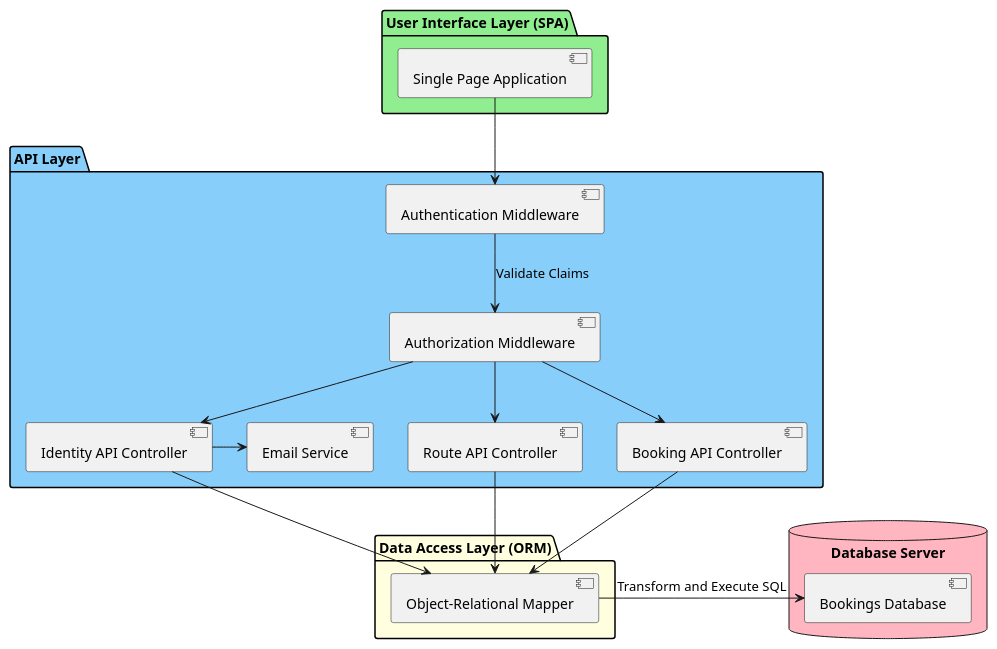
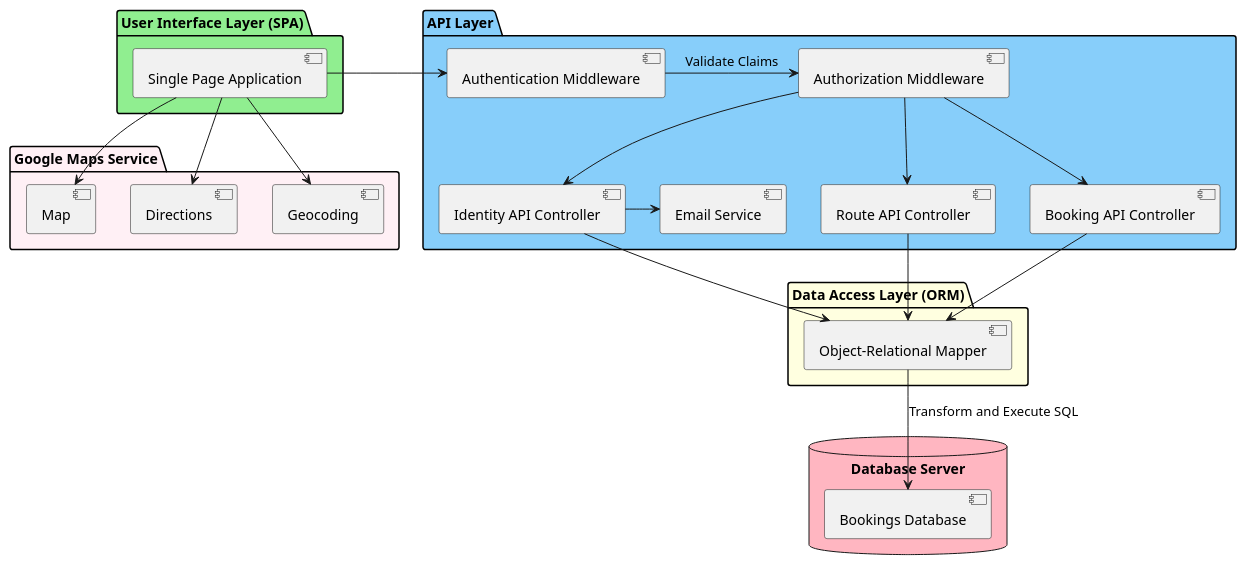
One commit to bsaranga/coach-tour-booking changed the diagram in coach-tour-booking-web/uml_diagrams/arch.puml. Above: the diagram before and after it, drawn with PlantUML. The commit also changed 4 other files, not shown here.

Commit message:
diagram updates

```diff
--- a/coach-tour-booking-web/uml_diagrams/arch.puml
+++ b/coach-tour-booking-web/uml_diagrams/arch.puml
@@ -1,34 +1,43 @@
 @startuml
 package "User Interface Layer (SPA)" #LightGreen {
   [Single Page Application] as SPA
+}
+
+package "Google Maps Service" #LavenderBlush {
+    [Map]
+    [Directions]
+    [Geocoding]
 }
 
 package "API Layer" #LightSkyBlue {
   [Identity API Controller] as IdentityAPI
   [Authentication Middleware] as AuthMiddleware
   [Authorization Middleware] as AuthorizationAPI
   [Route API Controller] as RouteAPI
   [Booking API Controller] as BookingAPI
   [Email Service] as EmailService
 }
 
 package "Data Access Layer (ORM)" #LightYellow {
   [Object-Relational Mapper] as ORM
 }
 
 database "Database Server" #LightPink {
     [Bookings Database] as DB
 }
 
-SPA --> AuthMiddleware
-AuthMiddleware --> AuthorizationAPI : Validate Claims
+SPA -> Map
+SPA -> Directions
+SPA --> Geocoding
+SPA -> AuthMiddleware
+AuthMiddleware -> AuthorizationAPI : Validate Claims
 AuthorizationAPI --> IdentityAPI
 AuthorizationAPI --> RouteAPI
 AuthorizationAPI --> BookingAPI
 IdentityAPI -> "ORM"
 RouteAPI -> "ORM"
 BookingAPI --> "ORM"
 IdentityAPI -> EmailService
-ORM -> "DB" : Transform and Execute SQL
+ORM --> "DB" : Transform and Execute SQL
 
 @enduml
```
